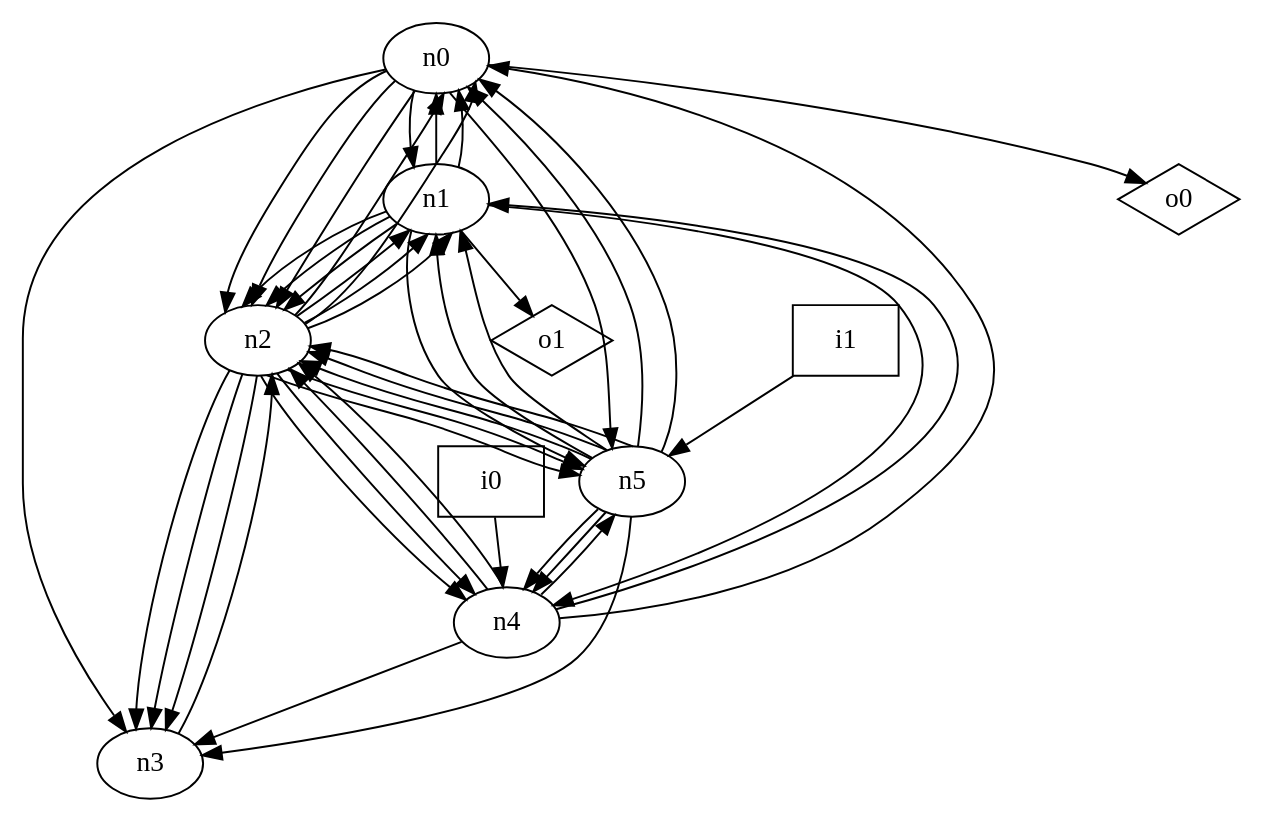
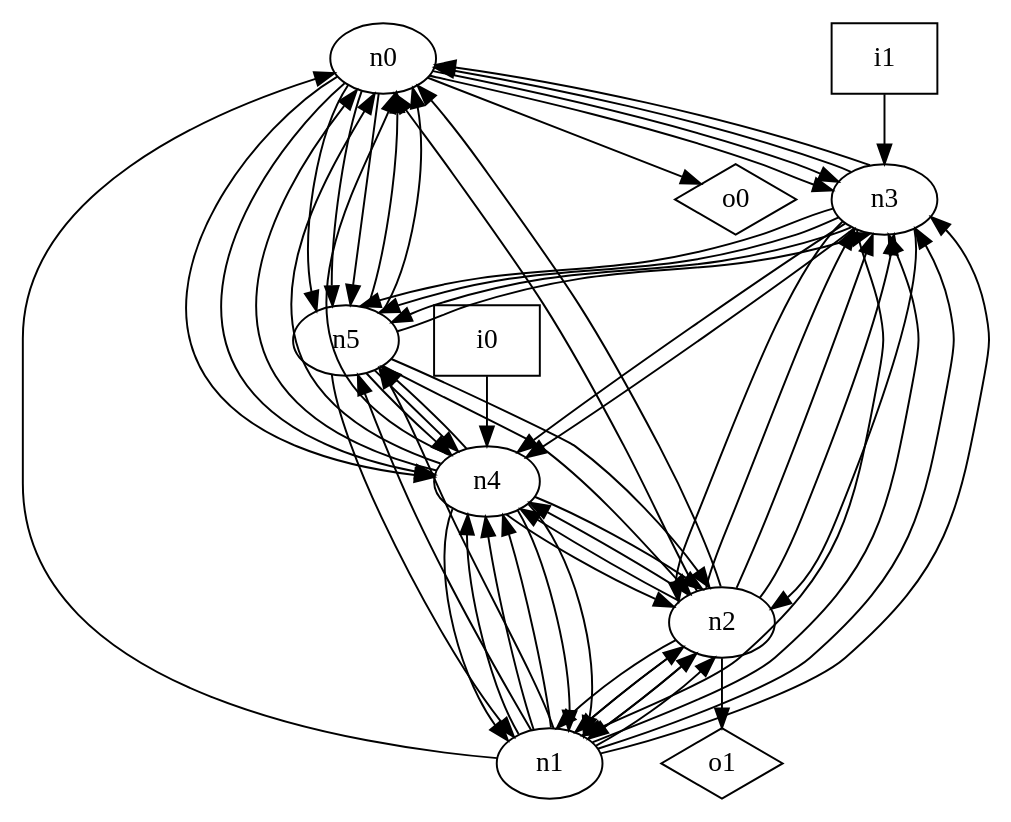
The diagram in dot_files/random_graph/loop_free_graph.dot (p9romain/bool-circuits), drawn with Graphviz before and after one commit. The commit also changed 73 other files, not shown here.

```diff
--- a/dot_files/random_graph/loop_free_graph.dot
+++ b/dot_files/random_graph/loop_free_graph.dot
@@ -1,58 +1,72 @@
 digraph G {
 n0 [label="n0"];
 n1 [label="n1"];
 n2 [label="n2"];
 n3 [label="n3"];
 n4 [label="n4"];
 n5 [label="n5"];
 n6 [label="i0",shape="box"];
 n7 [label="i1",shape="box"];
 n8 [label="o0",shape="diamond"];
 n9 [label="o1",shape="diamond"];
-n0 -> n1
-n0 -> n2
-n0 -> n2
-n0 -> n2
 n0 -> n3
+n0 -> n3
+n0 -> n4
+n0 -> n4
+n0 -> n5
+n0 -> n5
 n0 -> n5
 n0 -> n8
-n1 -> n0
 n1 -> n0
 n1 -> n2
 n1 -> n2
 n1 -> n2
+n1 -> n3
+n1 -> n3
+n1 -> n3
+n1 -> n4
+n1 -> n4
 n1 -> n4
 n1 -> n5
-n1 -> n9
+n1 -> n5
 n2 -> n0
 n2 -> n0
 n2 -> n1
 n2 -> n1
 n2 -> n1
 n2 -> n3
 n2 -> n3
 n2 -> n3
 n2 -> n4
 n2 -> n4
-n2 -> n5
-n2 -> n5
+n2 -> n9
+n3 -> n0
+n3 -> n0
+n3 -> n1
 n3 -> n2
+n3 -> n2
+n3 -> n4
+n3 -> n4
+n3 -> n5
+n3 -> n5
+n3 -> n5
 n4 -> n0
+n4 -> n0
+n4 -> n0
+n4 -> n1
+n4 -> n1
 n4 -> n1
 n4 -> n2
 n4 -> n2
-n4 -> n3
 n4 -> n5
 n5 -> n0
 n5 -> n0
 n5 -> n1
-n5 -> n1
-n5 -> n2
 n5 -> n2
 n5 -> n2
 n5 -> n3
 n5 -> n4
 n5 -> n4
 n6 -> n4
-n7 -> n5
+n7 -> n3
 }
```
